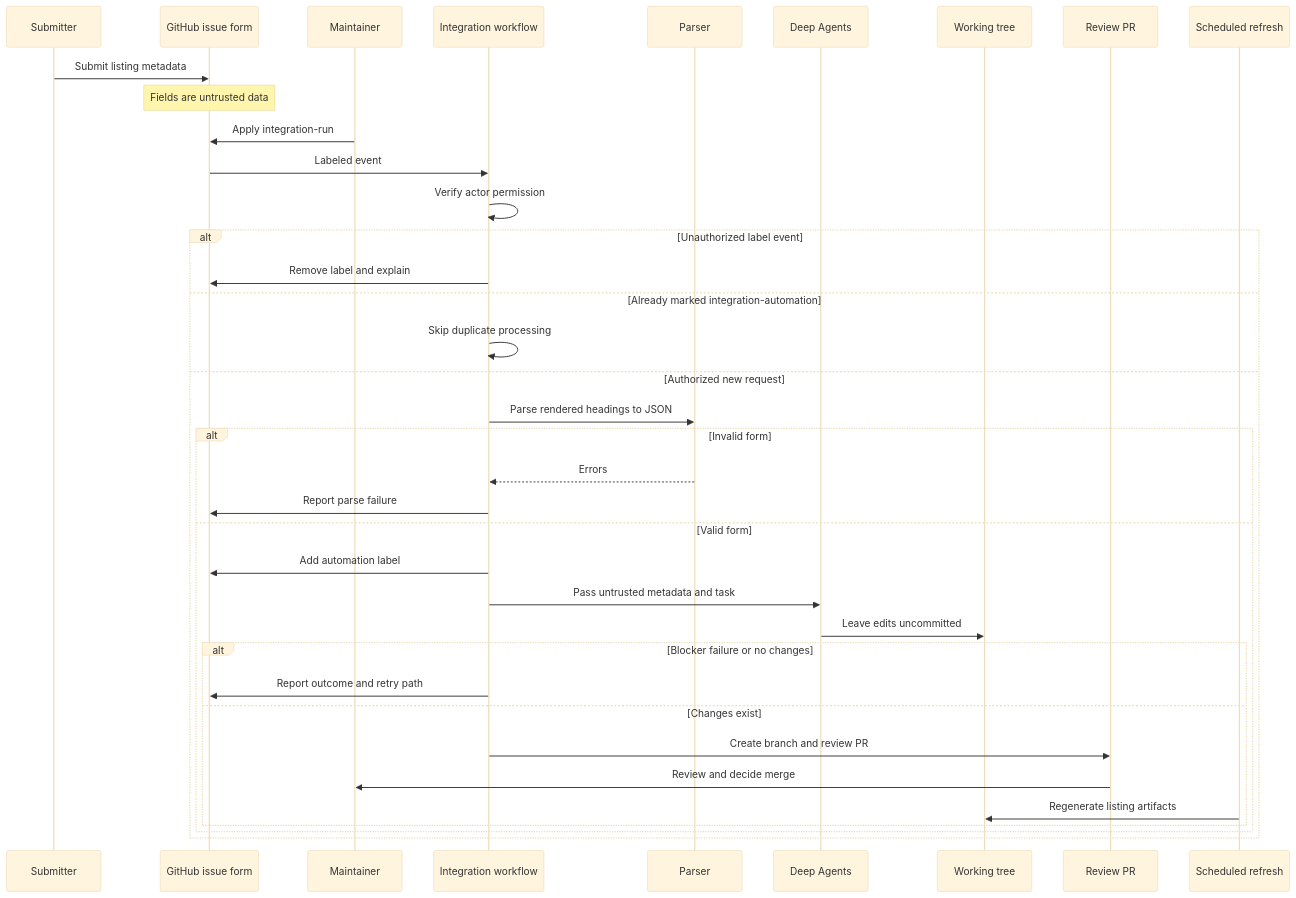
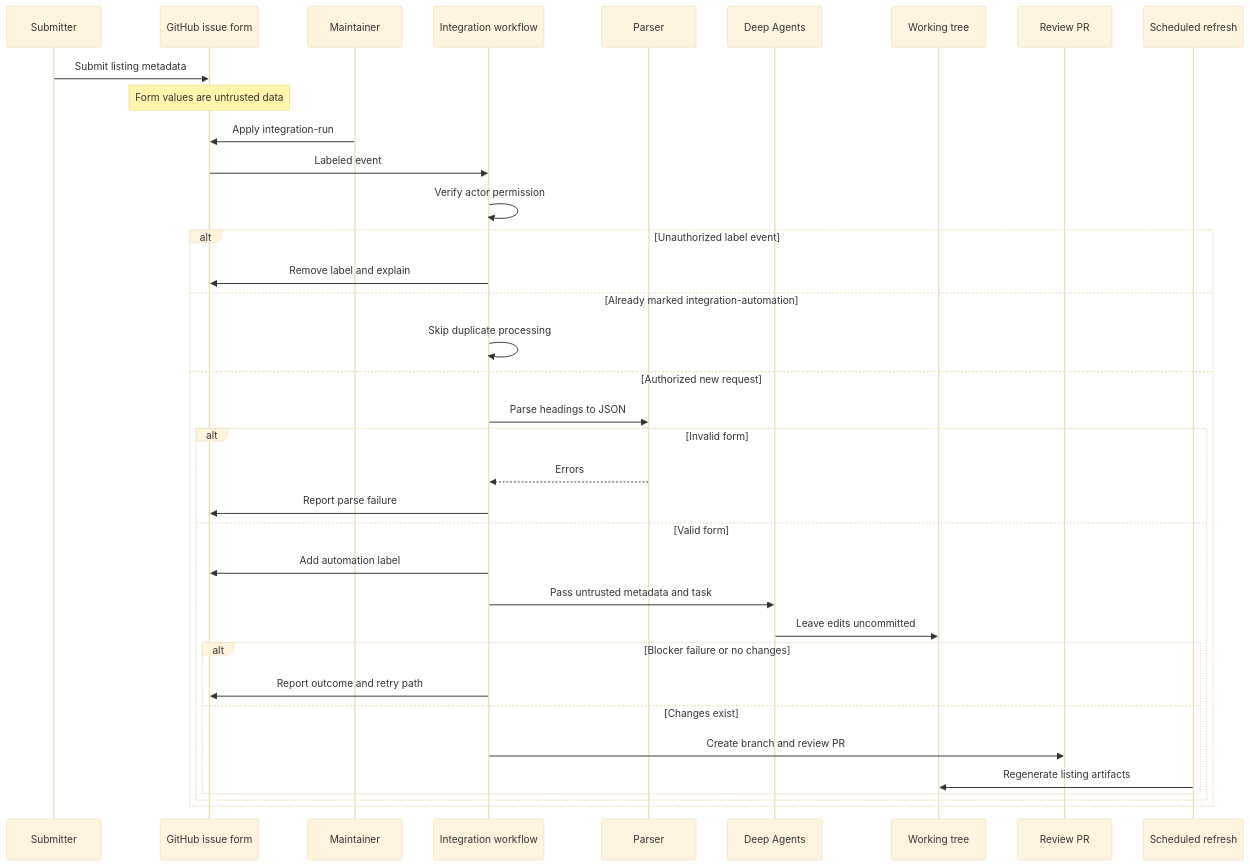
Before and after one commit to langchain-ai/docs: the diagram in openwiki/workflows/integration-listing-automation.md, drawn with Mermaid (base theme). The commit also changed other lines of this file and 20 other files, not shown here.

````diff
--- a/openwiki/workflows/integration-listing-automation.md
+++ b/openwiki/workflows/integration-listing-automation.md
@@ -47,40 +49,39 @@
 ```mermaid
 sequenceDiagram
     participant Submitter
     participant Issue as GitHub issue form
     participant Maintainer
     participant Workflow as Integration workflow
     participant Parser
     participant Agent as Deep Agents
     participant Tree as Working tree
     participant PR as Review PR
     participant Refresh as Scheduled refresh
 
     Submitter->>Issue: Submit listing metadata
-    Note over Issue: Fields are untrusted data
+    Note over Issue: Form values are untrusted data
     Maintainer->>Issue: Apply integration-run
     Issue->>Workflow: Labeled event
     Workflow->>Workflow: Verify actor permission
     alt Unauthorized label event
         Workflow->>Issue: Remove label and explain
     else Already marked integration-automation
         Workflow->>Workflow: Skip duplicate processing
     else Authorized new request
-        Workflow->>Parser: Parse rendered headings to JSON
+        Workflow->>Parser: Parse headings to JSON
         alt Invalid form
             Parser-->>Workflow: Errors
             Workflow->>Issue: Report parse failure
         else Valid form
             Workflow->>Issue: Add automation label
             Workflow->>Agent: Pass untrusted metadata and task
             Agent->>Tree: Leave edits uncommitted
             alt Blocker failure or no changes
                 Workflow->>Issue: Report outcome and retry path
             else Changes exist
                 Workflow->>PR: Create branch and review PR
-                PR->>Maintainer: Review and decide merge
                 Refresh->>Tree: Regenerate listing artifacts
             end
         end
     end
 ```
````
